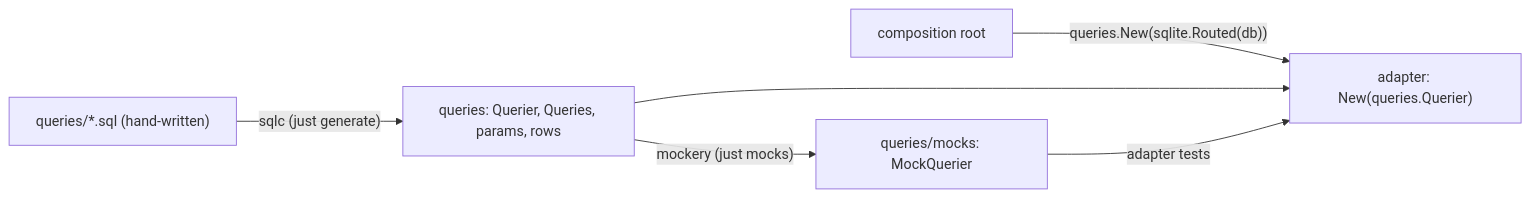
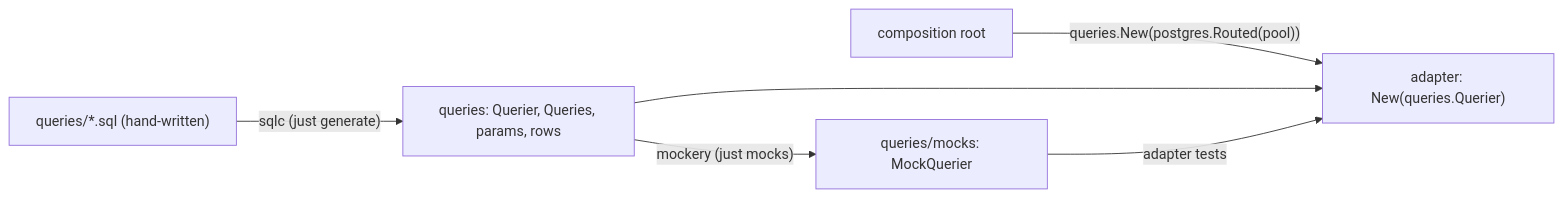
One commit to ceffo/critical changed the diagram in docs/backend.md. Above: the diagram before and after it, drawn with Mermaid. The commit also changed other lines of this file and 144 other files, not shown here.

First line of the commit message:
feat: storage engine on PostgreSQL (schema-only baseline, writer lock, compose dev DB) (critical-m902.8) (#215)

````diff
--- a/docs/backend.md
+++ b/docs/backend.md
@@ -161,8 +185,8 @@
 ```mermaid
 flowchart LR
     SQL["queries/*.sql (hand-written)"] -->|"sqlc (just generate)"| GEN["queries: Querier, Queries, params, rows"]
     GEN -->|"mockery (just mocks)"| MOCK["queries/mocks: MockQuerier"]
-    CR["composition root"] -->|"queries.New(sqlite.Routed(db))"| DAL["adapter: New(queries.Querier)"]
+    CR["composition root"] -->|"queries.New(postgres.Routed(pool))"| DAL["adapter: New(queries.Querier)"]
     GEN --> DAL
     MOCK -->|"adapter tests"| DAL
 ```
````
